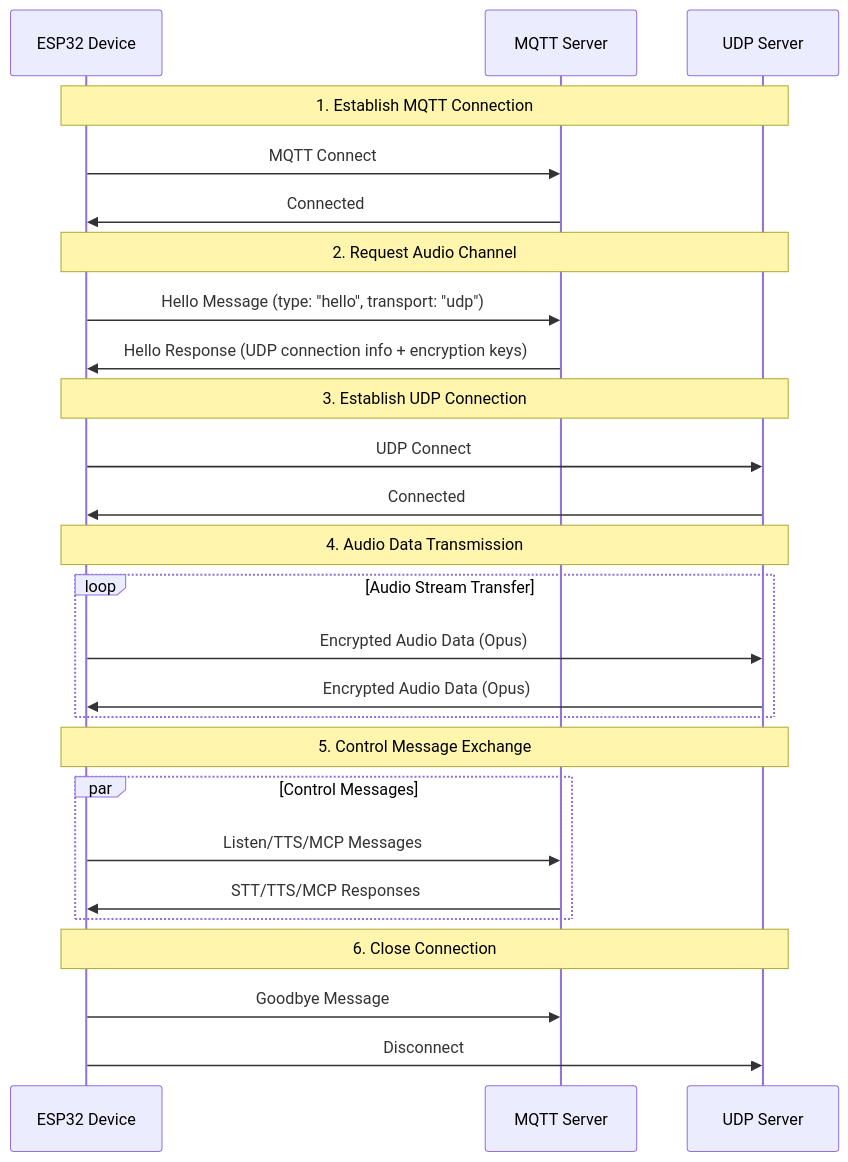
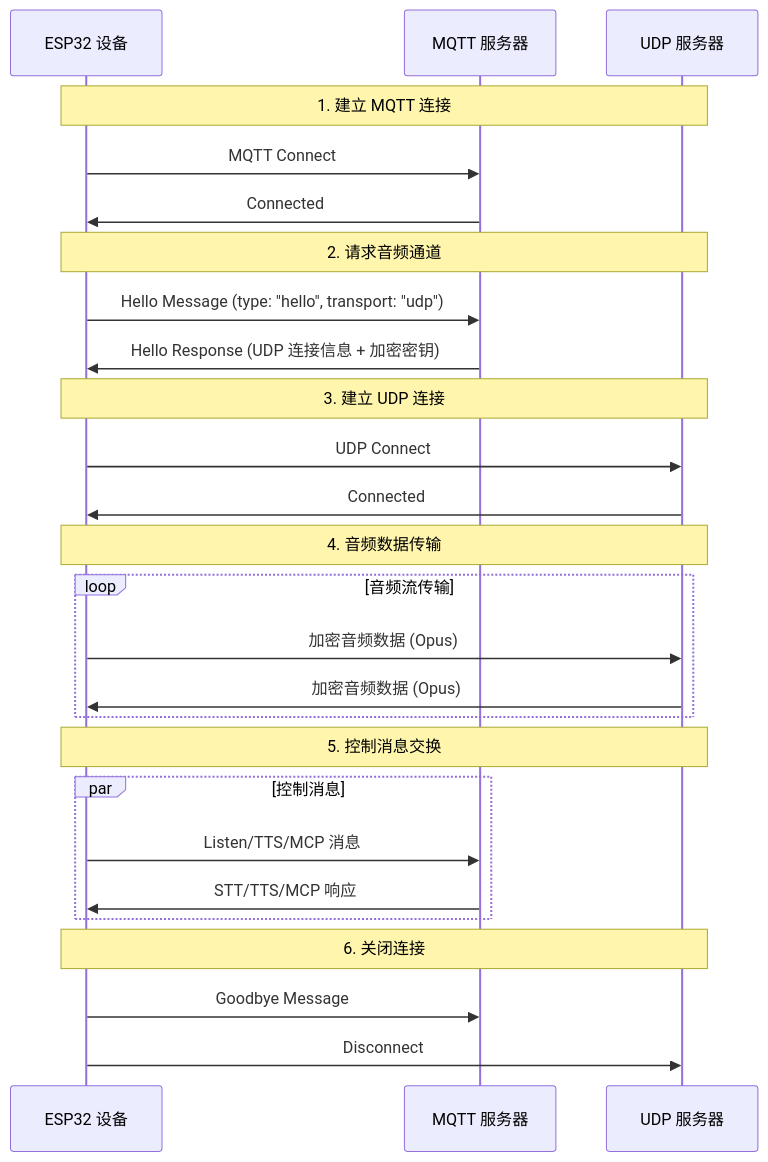
The first of 2 diagrams in docs/mqtt-udp.md (SiIverHusky/SantaTest), drawn with Mermaid before and after one commit. The commit also changed other lines of this file and 55 other files, not shown here.

````diff
--- a/docs/mqtt-udp.md
+++ b/docs/mqtt-udp.md
@@ -24,34 +24,34 @@
 ```mermaid
 sequenceDiagram
-    participant Device as ESP32 Device
-    participant MQTT as MQTT Server
-    participant UDP as UDP Server
+    participant Device as ESP32 设备
+    participant MQTT as MQTT 服务器
+    participant UDP as UDP 服务器
 
-    Note over Device, UDP: 1. Establish MQTT Connection
+    Note over Device, UDP: 1. 建立 MQTT 连接
     Device->>MQTT: MQTT Connect
     MQTT->>Device: Connected
 
-    Note over Device, UDP: 2. Request Audio Channel
+    Note over Device, UDP: 2. 请求音频通道
     Device->>MQTT: Hello Message (type: "hello", transport: "udp")
-    MQTT->>Device: Hello Response (UDP connection info + encryption keys)
+    MQTT->>Device: Hello Response (UDP 连接信息 + 加密密钥)
 
-    Note over Device, UDP: 3. Establish UDP Connection
+    Note over Device, UDP: 3. 建立 UDP 连接
     Device->>UDP: UDP Connect
     UDP->>Device: Connected
 
-    Note over Device, UDP: 4. Audio Data Transmission
-    loop Audio Stream Transfer
-        Device->>UDP: Encrypted Audio Data (Opus)
-        UDP->>Device: Encrypted Audio Data (Opus)
+    Note over Device, UDP: 4. 音频数据传输
+    loop 音频流传输
+        Device->>UDP: 加密音频数据 (Opus)
+        UDP->>Device: 加密音频数据 (Opus)
     end
 
-    Note over Device, UDP: 5. Control Message Exchange
-    par Control Messages
-        Device->>MQTT: Listen/TTS/MCP Messages
-        MQTT->>Device: STT/TTS/MCP Responses
+    Note over Device, UDP: 5. 控制消息交换
+    par 控制消息
+        Device->>MQTT: Listen/TTS/MCP 消息
+        MQTT->>Device: STT/TTS/MCP 响应
     end
 
-    Note over Device, UDP: 6. Close Connection
+    Note over Device, UDP: 6. 关闭连接
     Device->>MQTT: Goodbye Message
     Device->>UDP: Disconnect
 ```
````
